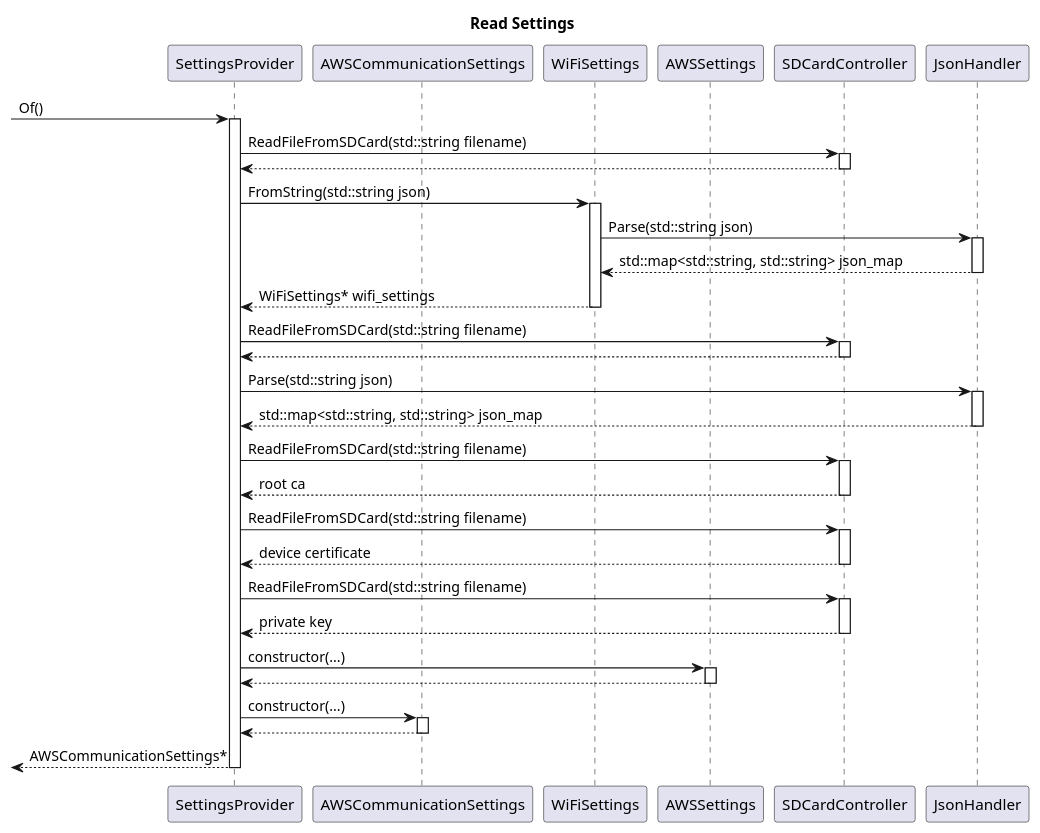
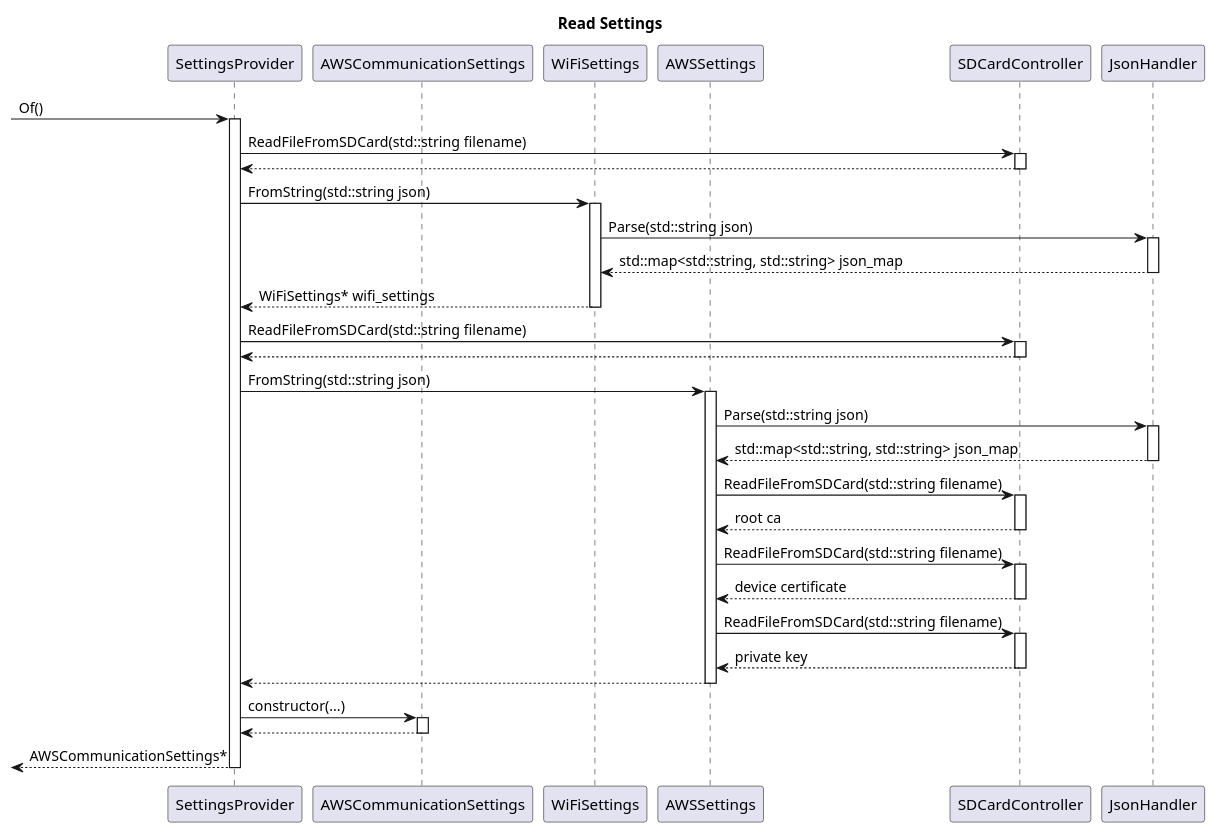
The diagram in DesignDocs/M5StackThermohygrometer/sequence_diagram_read_settings.pu (chukeblo/thermohygrometer), drawn with PlantUML before and after one commit.

Commit message:
modify sequence of reading aws settings

```diff
--- a/DesignDocs/M5StackThermohygrometer/sequence_diagram_read_settings.pu
+++ b/DesignDocs/M5StackThermohygrometer/sequence_diagram_read_settings.pu
@@ -1,49 +1,49 @@
 @startuml Read Settings
 title Read Settings
 
 participant SettingsProvider
 participant AWSCommunicationSettings
 participant WiFiSettings
 participant AWSSettings
 participant SDCardController
 participant JsonHandler
 
 [-> SettingsProvider: Of()
 activate SettingsProvider
 
 SettingsProvider -> SDCardController: ReadFileFromSDCard(std::string filename)
 activate SDCardController
 return
 SettingsProvider -> WiFiSettings: FromString(std::string json)
 activate WiFiSettings
 WiFiSettings -> JsonHandler: Parse(std::string json)
 activate JsonHandler
 return std::map<std::string, std::string> json_map
 return WiFiSettings* wifi_settings
 
 SettingsProvider -> SDCardController: ReadFileFromSDCard(std::string filename)
 activate SDCardController
 return
-SettingsProvider -> JsonHandler: Parse(std::string json)
+SettingsProvider -> AWSSettings: FromString(std::string json)
+activate AWSSettings
+AWSSettings -> JsonHandler: Parse(std::string json)
 activate JsonHandler
 return std::map<std::string, std::string> json_map
-SettingsProvider -> SDCardController: ReadFileFromSDCard(std::string filename)
+AWSSettings -> SDCardController: ReadFileFromSDCard(std::string filename)
 activate SDCardController
 return root ca
-SettingsProvider -> SDCardController: ReadFileFromSDCard(std::string filename)
+AWSSettings -> SDCardController: ReadFileFromSDCard(std::string filename)
 activate SDCardController
 return device certificate
-SettingsProvider -> SDCardController: ReadFileFromSDCard(std::string filename)
+AWSSettings -> SDCardController: ReadFileFromSDCard(std::string filename)
 activate SDCardController
 return private key
-SettingsProvider -> AWSSettings: constructor(...)
-activate AWSSettings
 return
 
 SettingsProvider -> AWSCommunicationSettings: constructor(...)
 activate AWSCommunicationSettings
 return
 
 return AWSCommunicationSettings*
 
 @enduml
```
